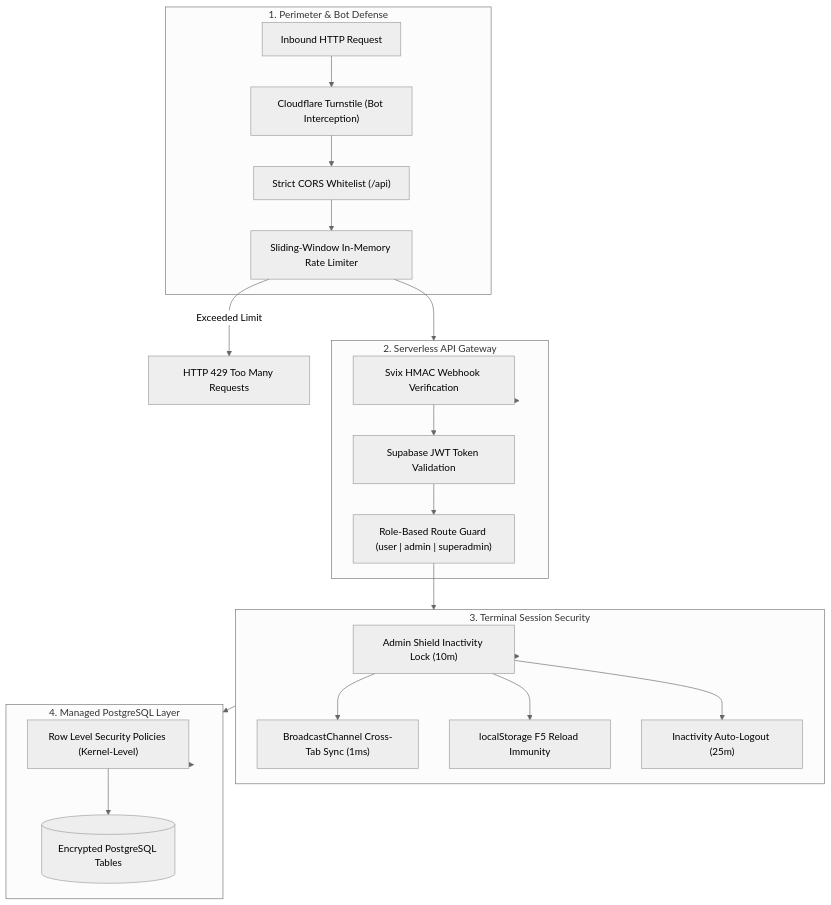
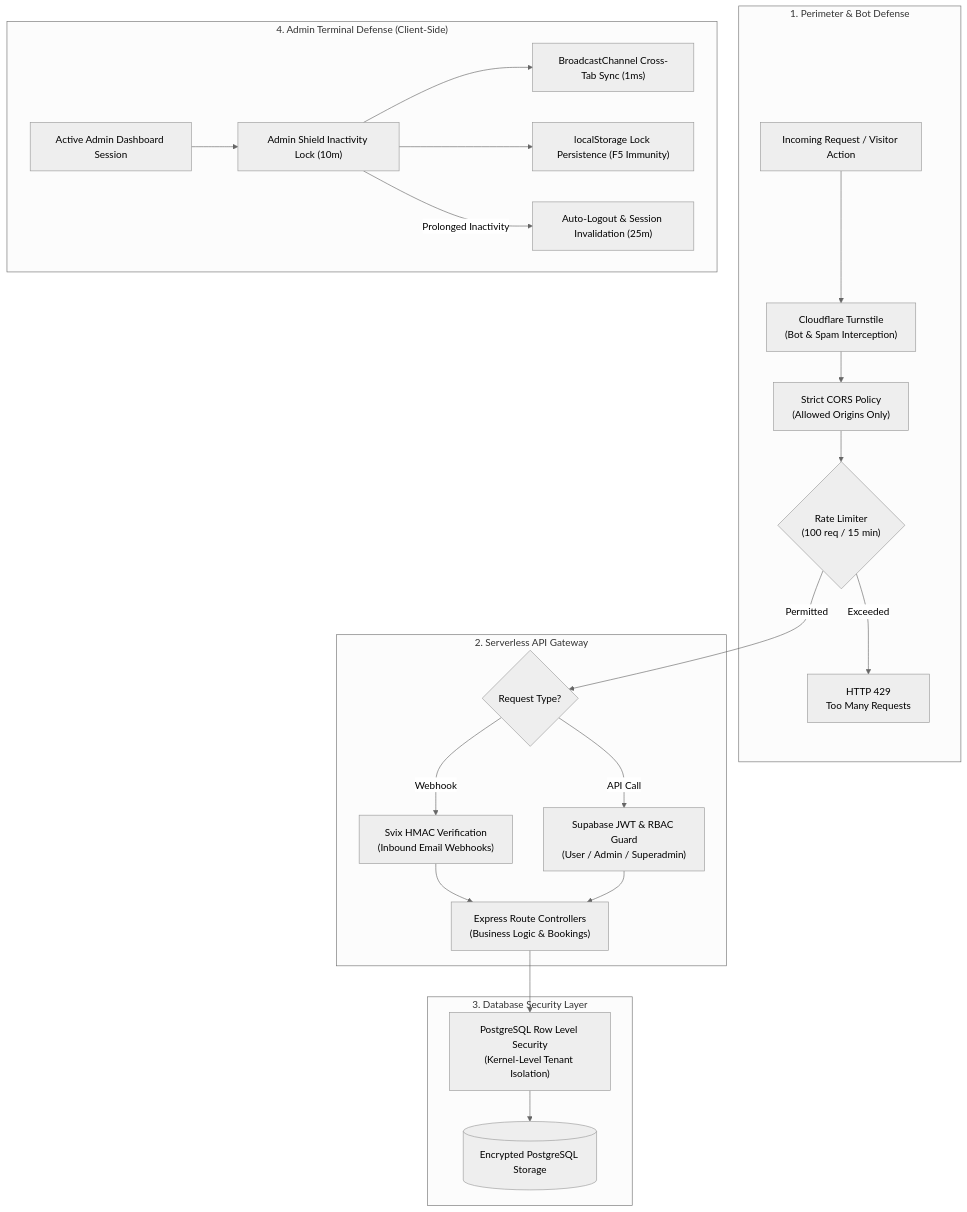
Before and after one commit to Manoj8541/Nicoman-Tourism: the first of 2 diagrams in SECURITY_AND_TESTING.md, drawn with Mermaid (neutral theme).

Commit message:
docs: fix security architecture flowchart arrow routing in SECURITY_AND_TESTING.md

````diff
--- a/SECURITY_AND_TESTING.md
+++ b/SECURITY_AND_TESTING.md
@@ -45,33 +45,48 @@
 ```mermaid
 flowchart TD
-    subgraph Perimeter["1. Perimeter & Bot Defense"]
-        Req["Inbound HTTP Request"]
-        Turnstile["Cloudflare Turnstile (Bot Interception)"]
-        CORS["Strict CORS Whitelist (/api)"]
-        RateLimiter["Sliding-Window In-Memory Rate Limiter"]
+    subgraph ClientPerimeter["1. Perimeter & Bot Defense"]
+        Req["Incoming Request / Visitor Action"]
+        CF["Cloudflare Turnstile<br/>(Bot & Spam Interception)"]
+        CORS["Strict CORS Policy<br/>(Allowed Origins Only)"]
+        RateLimit{"Rate Limiter<br/>(100 req / 15 min)"}
+        Block429["HTTP 429<br/>Too Many Requests"]
     end
 
-    subgraph Gateway["2. Serverless API Gateway"]
-        Svix["Svix HMAC Webhook Verification"]
-        JWT["Supabase JWT Token Validation"]
-        RBAC["Role-Based Route Guard (user | admin | superadmin)"]
+    subgraph ServerlessGateway["2. Serverless API Gateway"]
+        AuthType{"Request Type?"}
+        Svix["Svix HMAC Verification<br/>(Inbound Email Webhooks)"]
+        JWT["Supabase JWT & RBAC Guard<br/>(User / Admin / Superadmin)"]
+        APIHandler["Express Route Controllers<br/>(Business Logic & Bookings)"]
     end
 
-    subgraph Terminal["3. Terminal Session Security"]
-        Shield["Admin Shield Inactivity Lock (10m)"]
-        Sync["BroadcastChannel Cross-Tab Sync (1ms)"]
-        Immune["localStorage F5 Reload Immunity"]
-        Logout["Inactivity Auto-Logout (25m)"]
+    subgraph DataSecurity["3. Database Security Layer"]
+        RLS["PostgreSQL Row Level Security<br/>(Kernel-Level Tenant Isolation)"]
+        DB[("Encrypted PostgreSQL Storage")]
     end
 
-    subgraph Database["4. Managed PostgreSQL Layer"]
-        RLS["Row Level Security Policies (Kernel-Level)"]
-        EncryptedTables[("Encrypted PostgreSQL Tables")]
+    subgraph AdminShieldDefense["4. Admin Terminal Defense (Client-Side)"]
+        AdminSession["Active Admin Dashboard Session"]
+        ShieldLock["Admin Shield Inactivity Lock (10m)"]
+        SyncTab["BroadcastChannel Cross-Tab Sync (1ms)"]
+        F5Guard["localStorage Lock Persistence (F5 Immunity)"]
+        AutoLogout["Auto-Logout & Session Invalidation (25m)"]
     end
 
-    Req --> Turnstile --> CORS --> RateLimiter --> Gateway
-    RateLimiter -- "Exceeded Limit" --> 429["HTTP 429 Too Many Requests"]
-    Gateway --> Svix --> JWT --> RBAC
-    RBAC --> Terminal --> Shield --> Sync & Immune & Logout
-    Terminal --> Database --> RLS --> EncryptedTables
+    %% Perimeter Flow
+    Req --> CF --> CORS --> RateLimit
+    RateLimit -- "Exceeded" --> Block429
+    RateLimit -- "Permitted" --> AuthType
+
+    %% Gateway Flow
+    AuthType -- "Webhook" --> Svix --> APIHandler
+    AuthType -- "API Call" --> JWT --> APIHandler
+
+    %% Database Flow
+    APIHandler --> RLS --> DB
+
+    %% Admin Terminal Flow
+    AdminSession --> ShieldLock
+    ShieldLock --> SyncTab
+    ShieldLock --> F5Guard
+    ShieldLock -- "Prolonged Inactivity" --> AutoLogout
 ```
````
